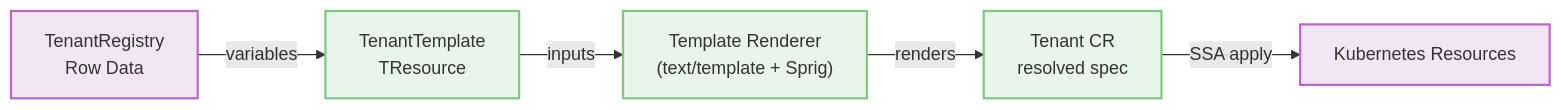
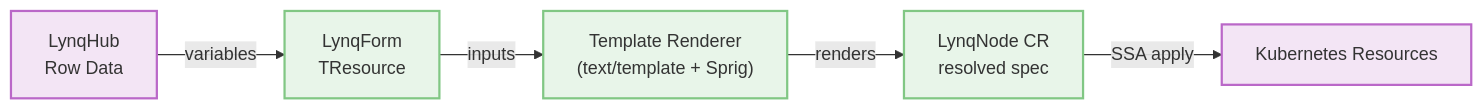
Before and after one commit to kubernetes-tenants/tenant-operator: the diagram in docs/templates.md, drawn with Mermaid. The commit also changed other lines of this file and 203 other files, not shown here.

First line of the commit message:
feat!: Complete terminology migration from tenant-operator to Lynq

````diff
--- a/docs/templates.md
+++ b/docs/templates.md
@@ -11,21 +11,21 @@
 ```mermaid
 flowchart LR
-    Registry["TenantRegistry<br/>Row Data"]
-    Template["TenantTemplate<br/>TResource"]
+    Hub["LynqHub<br/>Row Data"]
+    Template["LynqForm<br/>TResource"]
     Renderer["Template Renderer<br/>(text/template + Sprig)"]
-    Tenant["Tenant CR<br/>resolved spec"]
+    Node["LynqNode CR<br/>resolved spec"]
     K8s["Kubernetes Resources"]
 
-    Registry -- variables --> Template
+    Hub -- variables --> Template
     Template -- inputs --> Renderer
-    Renderer -- renders --> Tenant
-    Tenant -- SSA apply --> K8s
+    Renderer -- renders --> Node
+    Node -- SSA apply --> K8s
 
     classDef component fill:#e8f5e9,stroke:#81c784,stroke-width:2px;
     classDef data fill:#f3e5f5,stroke:#ba68c8,stroke-width:2px;
-    class Registry data;
+    class Hub data;
     class Template component;
     class Renderer component;
-    class Tenant component;
+    class Node component;
     class K8s data;
 ```
````
